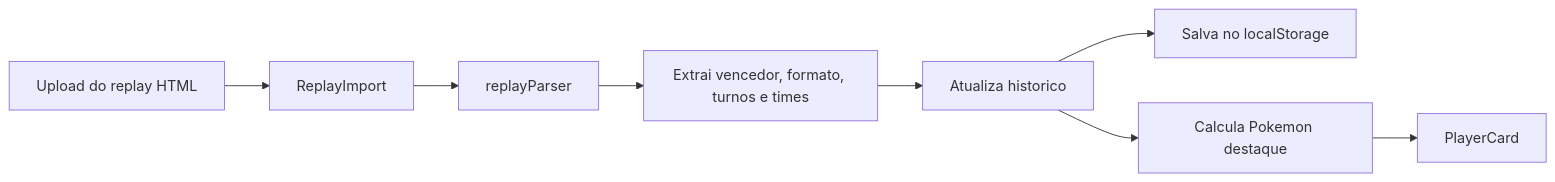
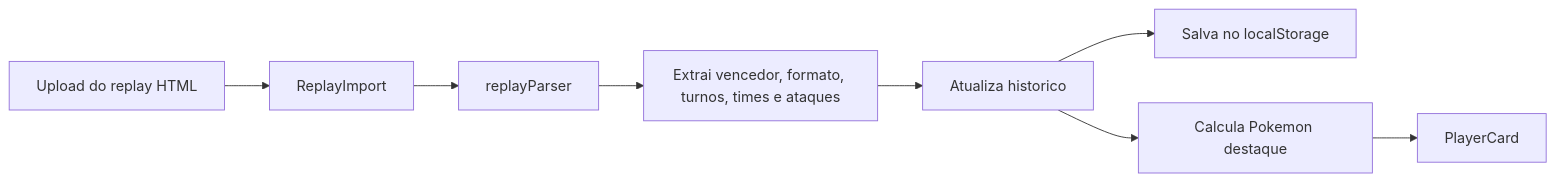
One commit to Jean-Carlosms/Placar_Pokemon_Showdown changed the first of 2 diagrams in README.md. Above: the diagram before and after it, drawn with Mermaid. The commit also changed other lines of this file and 13 other files, not shown here.

````diff
--- a/README.md
+++ b/README.md
@@ -55,10 +56,10 @@
 ```mermaid
 flowchart LR
   A[Upload do replay HTML] --> B[ReplayImport]
   B --> C[replayParser]
-  C --> D[Extrai vencedor, formato, turnos e times]
+  C --> D[Extrai vencedor, formato, turnos, times e ataques]
   D --> E[Atualiza historico]
   E --> F[Salva no localStorage]
   E --> G[Calcula Pokemon destaque]
   G --> H[PlayerCard]
 ```
````
